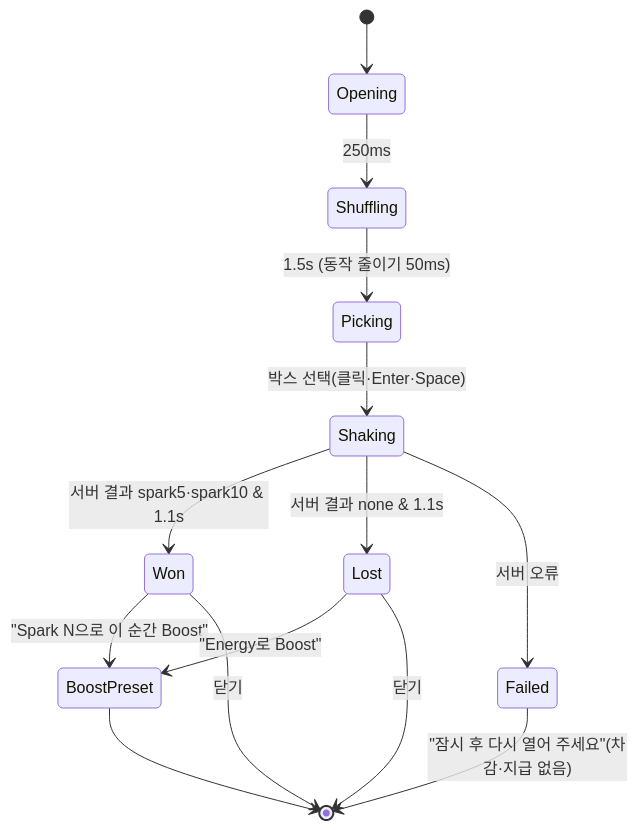
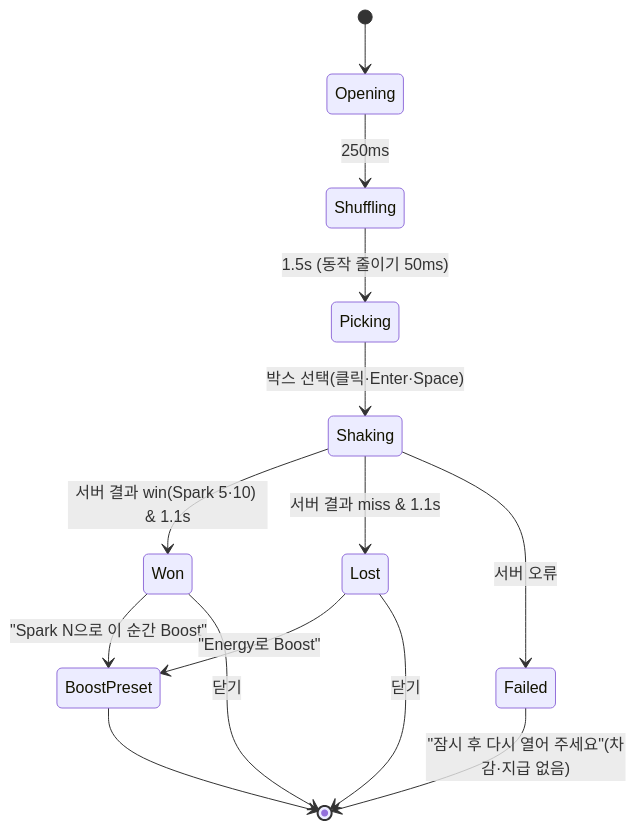
The fourth of 7 diagrams in handoff/14-interaction-spec.md (yhc-pie/rorr-hero), drawn with Mermaid before and after one commit. The commit also changed other lines of this file and 25 other files, not shown here.

````diff
--- a/handoff/14-interaction-spec.md
+++ b/handoff/14-interaction-spec.md
@@ -91,16 +91,16 @@
 ```mermaid
 stateDiagram-v2
   [*] --> Opening
   Opening --> Shuffling: 250ms
   Shuffling --> Picking: 1.5s (동작 줄이기 50ms)
   Picking --> Shaking: 박스 선택(클릭·Enter·Space)
-  Shaking --> Won: 서버 결과 spark5·spark10 & 1.1s
-  Shaking --> Lost: 서버 결과 none & 1.1s
+  Shaking --> Won: 서버 결과 win(Spark 5·10) & 1.1s
+  Shaking --> Lost: 서버 결과 miss & 1.1s
   Shaking --> Failed: 서버 오류
   Won --> BoostPreset: "Spark N으로 이 순간 Boost"
   Lost --> BoostPreset: "Energy로 Boost"
   Won --> [*]: 닫기
   Lost --> [*]: 닫기
   Failed --> [*]: "잠시 후 다시 열어 주세요"(차감·지급 없음)
   BoostPreset --> [*]
 ```
````
